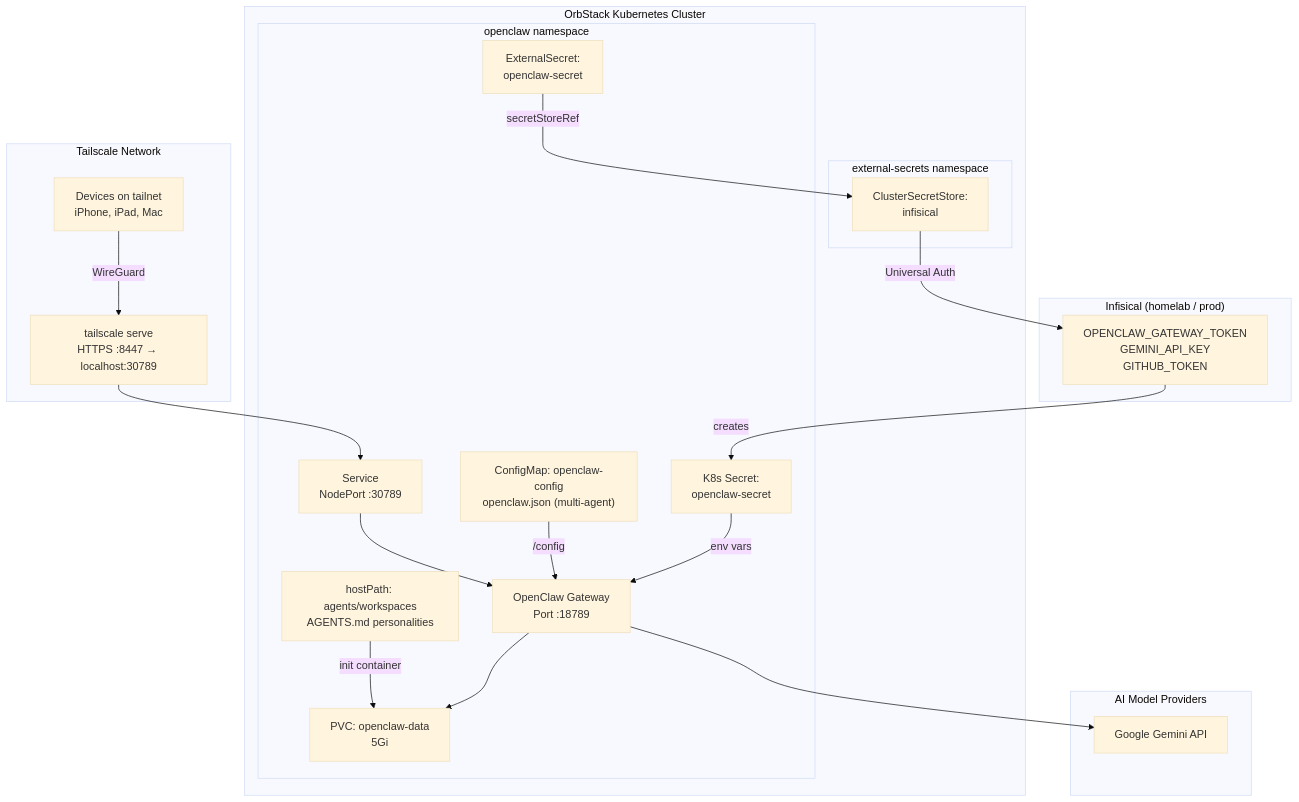
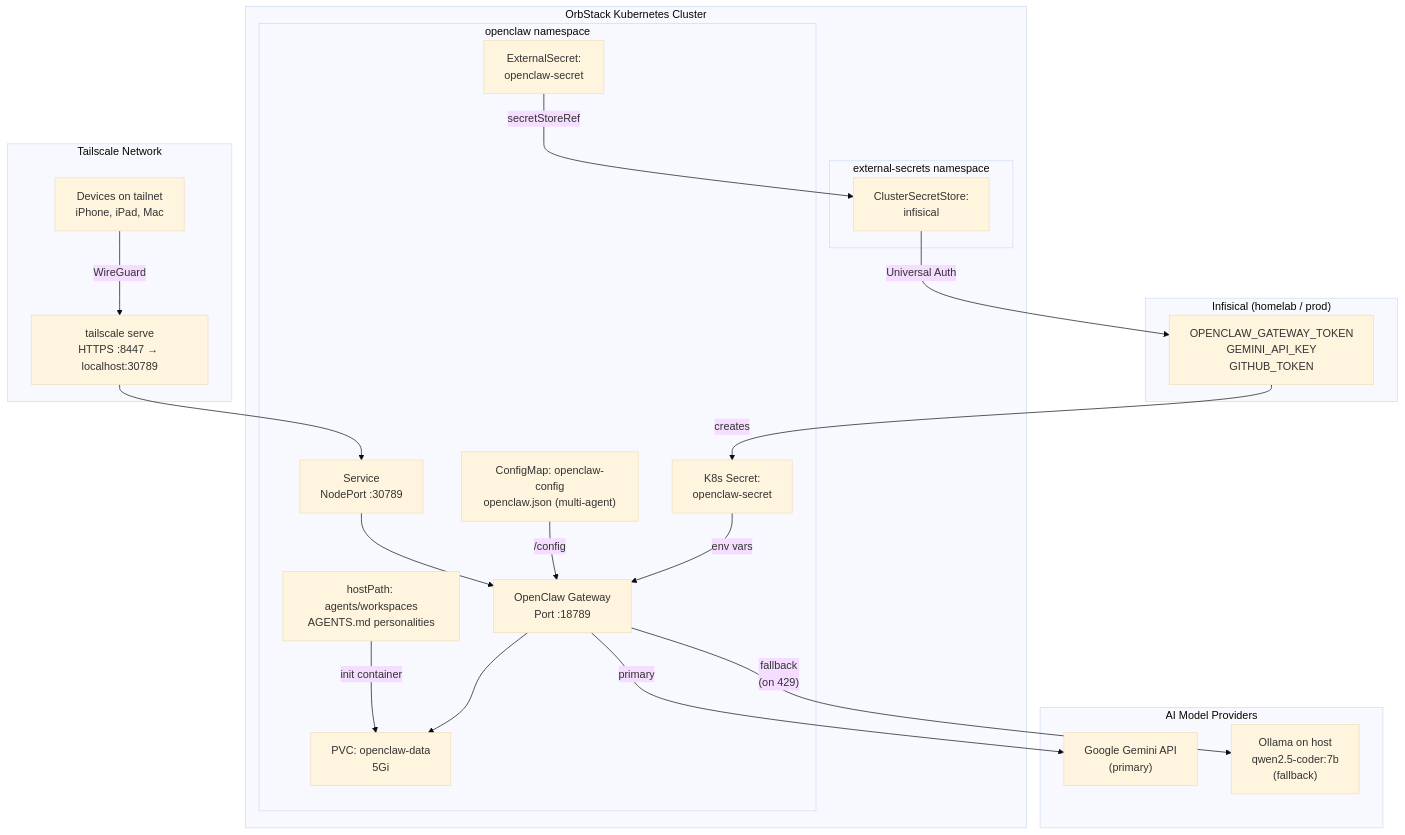
The first of 5 diagrams in k8s/apps/openclaw/README.md (haingth77/homelab), drawn with Mermaid (base theme) before and after one commit. The commit also changed other lines of this file and 3 other files, not shown here.

First line of the commit message:
fix: remove per-agent model overrides to enable Ollama fallback chain

````diff
--- a/k8s/apps/openclaw/README.md
+++ b/k8s/apps/openclaw/README.md
@@ -7,43 +7,45 @@
 ```mermaid
 flowchart TD
     subgraph tailnet["Tailscale Network"]
         Clients["Devices on tailnet\niPhone, iPad, Mac"]
         TServe["tailscale serve\nHTTPS :8447 → localhost:30789"]
     end
 
     subgraph orb["OrbStack Kubernetes Cluster"]
         subgraph openclawNs["openclaw namespace"]
             Svc["Service\nNodePort :30789"]
             Deploy["OpenClaw Gateway\nPort :18789"]
             CM["ConfigMap: openclaw-config\nopenclaw.json (multi-agent)"]
             WSHP["hostPath: agents/workspaces\nAGENTS.md personalities"]
             PVC["PVC: openclaw-data\n5Gi"]
             ES["ExternalSecret:\nopenclaw-secret"]
             K8sSecret["K8s Secret:\nopenclaw-secret"]
         end
 
         subgraph esoNs["external-secrets namespace"]
             CSS["ClusterSecretStore:\ninfisical"]
         end
     end
 
     subgraph infisical["Infisical (homelab / prod)"]
         InfisicalSecrets["OPENCLAW_GATEWAY_TOKEN\nGEMINI_API_KEY\nGITHUB_TOKEN"]
     end
 
     subgraph providers["AI Model Providers"]
-        Gemini["Google Gemini API"]
+        Gemini["Google Gemini API\n(primary)"]
+        Ollama["Ollama on host\nqwen2.5-coder:7b\n(fallback)"]
     end
 
     Clients -- "WireGuard" --> TServe
     TServe --> Svc
     Svc --> Deploy
     CM -- "/config" --> Deploy
             WSHP -- "init container" --> PVC
     Deploy --> PVC
     ES -- "secretStoreRef" --> CSS
     CSS -- "Universal Auth" --> InfisicalSecrets
     InfisicalSecrets -- "creates" --> K8sSecret
     K8sSecret -- "env vars" --> Deploy
-    Deploy --> Gemini
+    Deploy -- "primary" --> Gemini
+    Deploy -- "fallback\n(on 429)" --> Ollama
 ```
````
